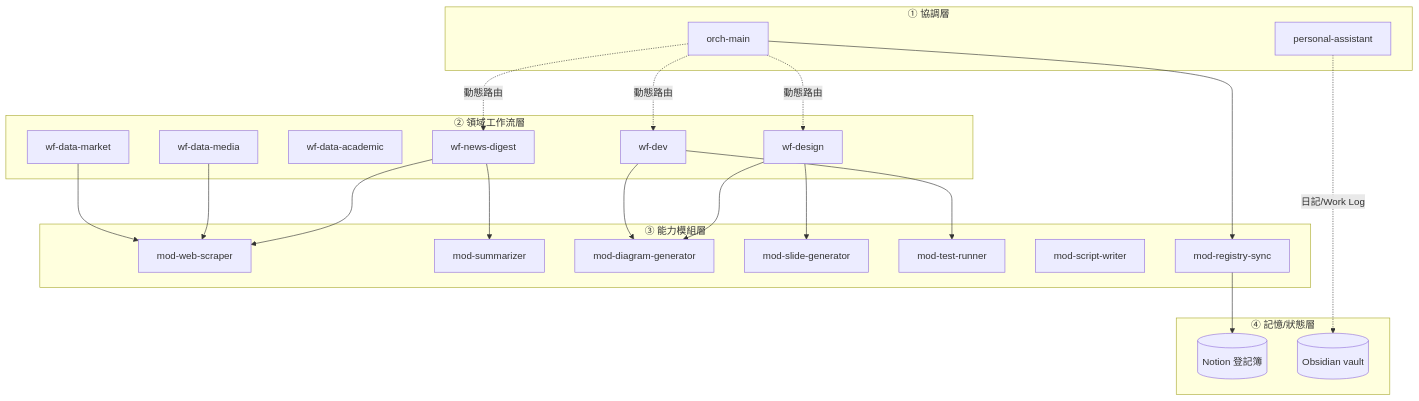
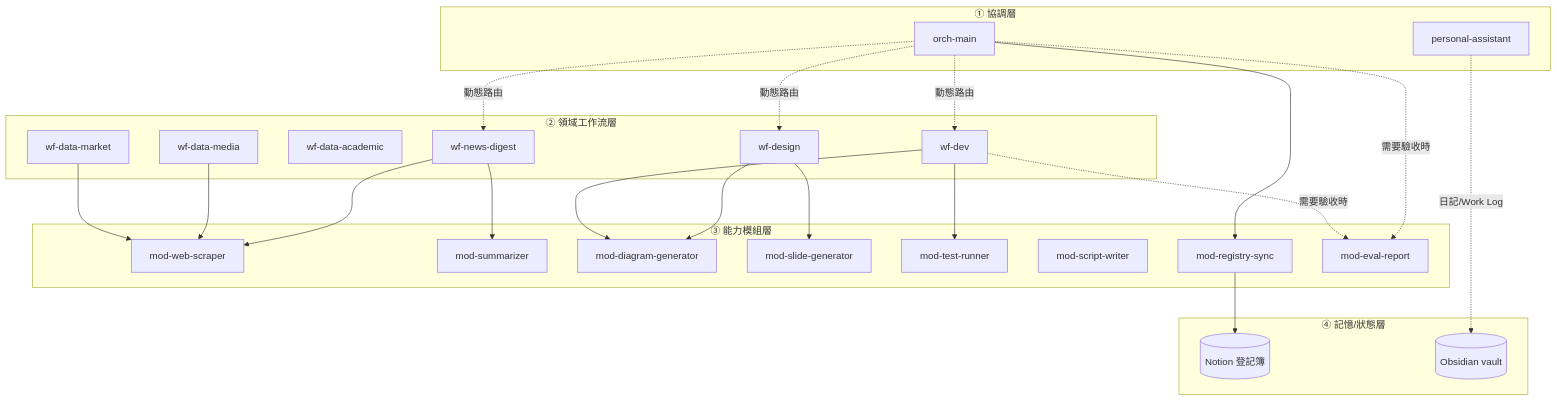
One commit to Galen-Chu/AI-Agent-Skill changed the diagram in README.md. Above: the diagram before and after it, drawn with Mermaid. The commit also changed other lines of this file and 4 other files, not shown here.

First line of the commit message:
Add mod-eval-report capability module for output acceptance checks

````diff
--- a/README.md
+++ b/README.md
@@ -27,48 +27,52 @@
 ```mermaid
 flowchart TD
     subgraph L1["① 協調層"]
         orch[orch-main]
         pa[personal-assistant]
     end
 
     subgraph L2["② 領域工作流層"]
         wfnews[wf-news-digest]
         wfmedia[wf-data-media]
         wfacademic[wf-data-academic]
         wfmarket[wf-data-market]
         wfdesign[wf-design]
         wfdev[wf-dev]
     end
 
     subgraph L3["③ 能力模組層"]
         modscraper[mod-web-scraper]
         modsum[mod-summarizer]
         moddiagram[mod-diagram-generator]
         modslide[mod-slide-generator]
         modtest[mod-test-runner]
         modscript[mod-script-writer]
         modregistry[mod-registry-sync]
+        modeval[mod-eval-report]
     end
 
     subgraph L4["④ 記憶/狀態層"]
         notion[(Notion 登記簿)]
         obsidian[(Obsidian vault)]
     end
 
     orch -.動態路由.-> wfnews
     orch -.動態路由.-> wfdesign
     orch -.動態路由.-> wfdev
 
     wfnews --> modscraper
     wfnews --> modsum
     wfmedia --> modscraper
     wfmarket --> modscraper
     wfdesign --> moddiagram
     wfdesign --> modslide
     wfdev --> modtest
     wfdev --> moddiagram
 
     orch --> modregistry
     modregistry --> notion
     pa -.日記/Work Log.-> obsidian
+
+    orch -.需要驗收時.-> modeval
+    wfdev -.需要驗收時.-> modeval
 ```
````
